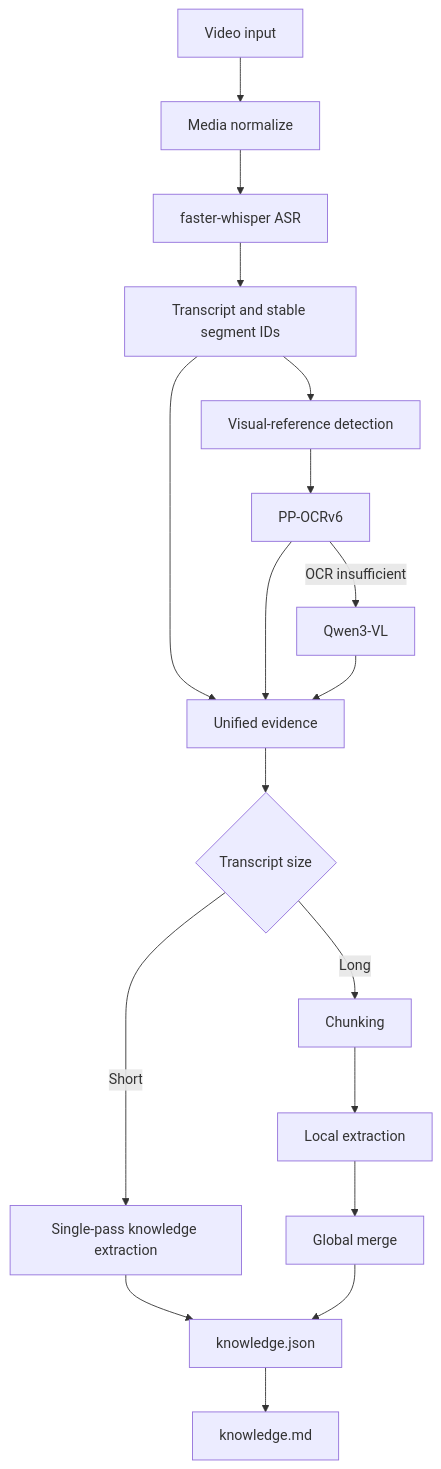
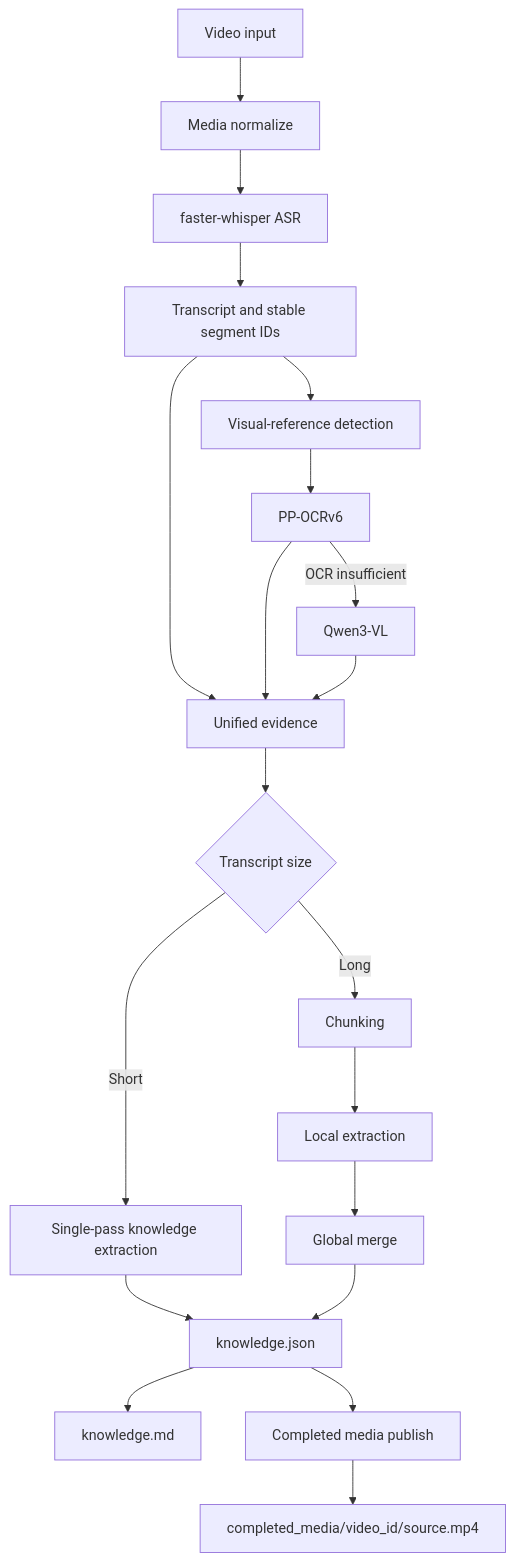
Before and after one commit to msolx/local-video-knowledge: the diagram in README.md, drawn with Mermaid. The commit also changed other lines of this file and 82 other files, not shown here.

````diff
--- a/README.md
+++ b/README.md
@@ -29,20 +30,22 @@
 ```mermaid
 flowchart TD
     A[Video input] --> B[Media normalize]
     B --> C[faster-whisper ASR]
     C --> D[Transcript and stable segment IDs]
     D --> E[Visual-reference detection]
     E --> F[PP-OCRv6]
     F -->|OCR insufficient| G[Qwen3-VL]
     D --> H[Unified evidence]
     F --> H
     G --> H
     H --> I{Transcript size}
     I -->|Short| J[Single-pass knowledge extraction]
     I -->|Long| K[Chunking]
     K --> L[Local extraction]
     L --> M[Global merge]
     J --> N[knowledge.json]
     M --> N
     N --> O[knowledge.md]
+    N --> P[Completed media publish]
+    P --> Q[completed_media/video_id/source.mp4]
 ```
````
